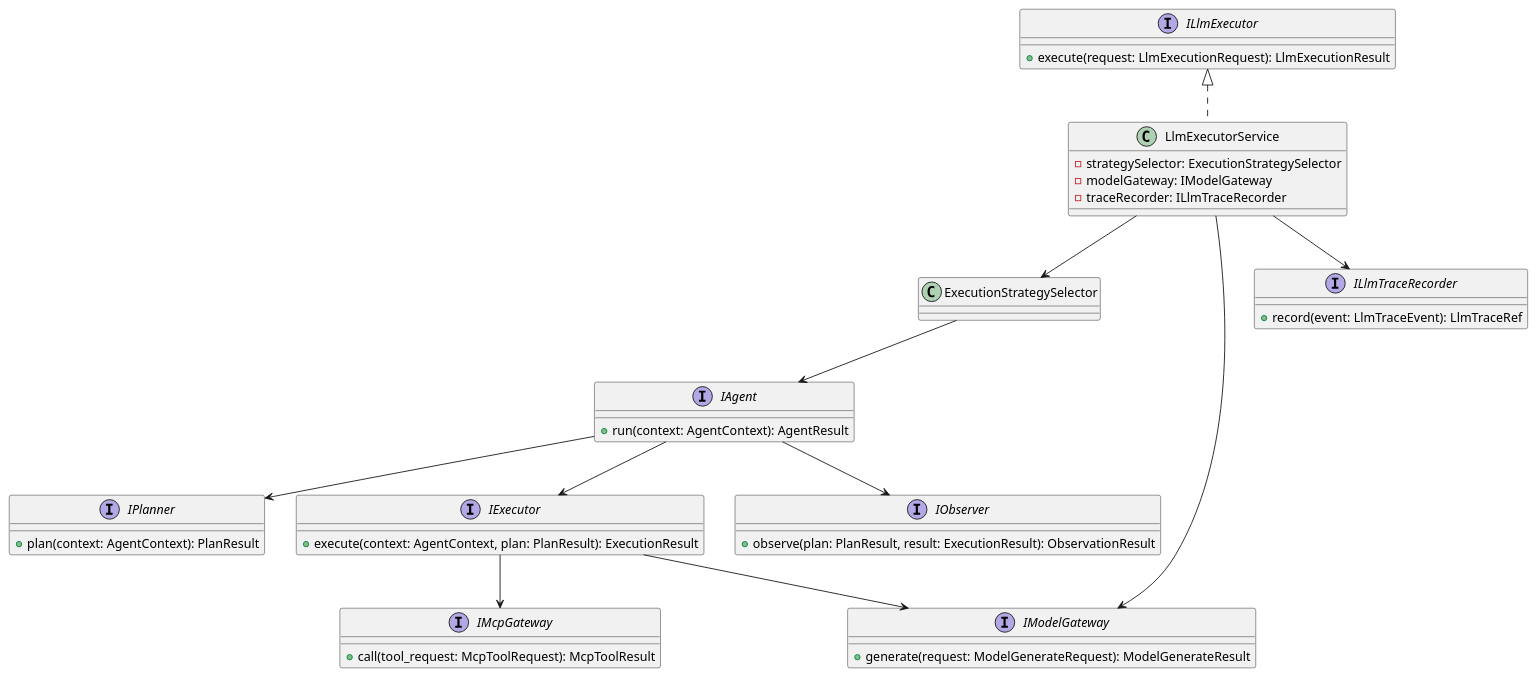
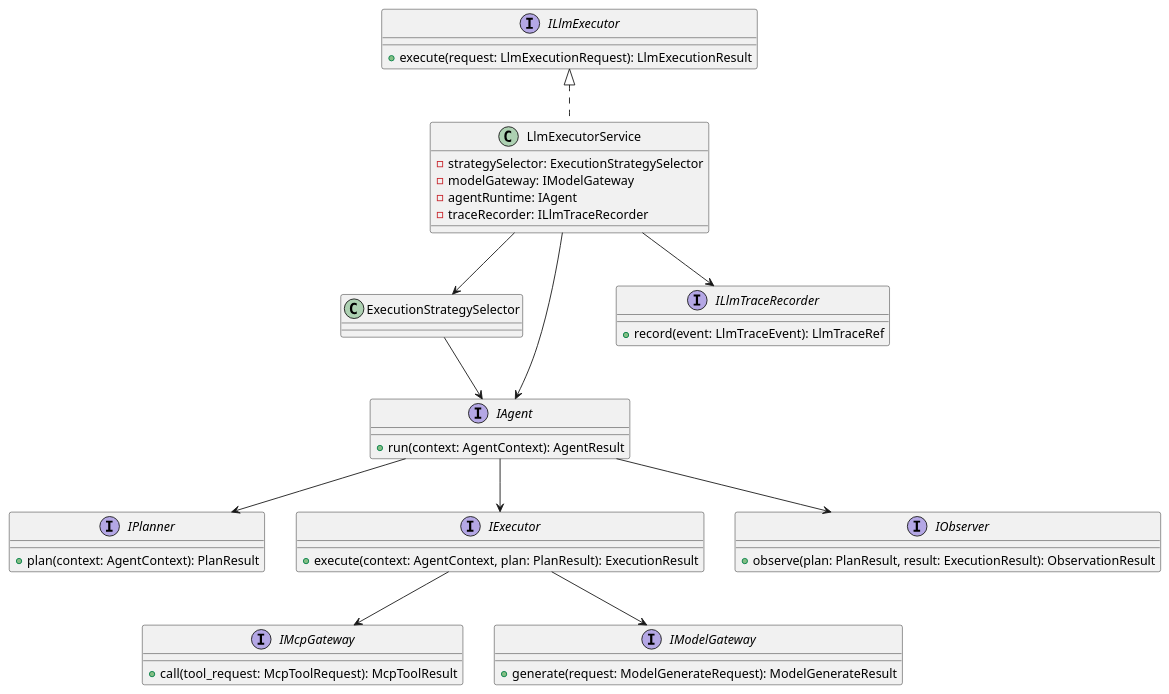
Before and after one commit to lucky-chen/ai_workflow_travel: the first of 2 diagrams in meta_layer/docs/design_docs/SDK/LlmExecutor.md, drawn with PlantUML. The commit also changed other lines of this file and 4 other files, not shown here.

First line of the commit message:
[AI] gpt-5.4: refine agent runtime documentation

````diff
--- a/meta_layer/docs/design_docs/SDK/LlmExecutor.md
+++ b/meta_layer/docs/design_docs/SDK/LlmExecutor.md
@@ -41,53 +44,54 @@
 ```plantuml
 @startuml
 interface ILlmExecutor {
   +execute(request: LlmExecutionRequest): LlmExecutionResult
 }
 
 class LlmExecutorService {
   -strategySelector: ExecutionStrategySelector
   -modelGateway: IModelGateway
+  -agentRuntime: IAgent
   -traceRecorder: ILlmTraceRecorder
 }
 
 class ExecutionStrategySelector
 interface IAgent {
   +run(context: AgentContext): AgentResult
 }
 
 interface IPlanner {
   +plan(context: AgentContext): PlanResult
 }
 
 interface IExecutor {
   +execute(context: AgentContext, plan: PlanResult): ExecutionResult
 }
 
 interface IObserver {
   +observe(plan: PlanResult, result: ExecutionResult): ObservationResult
 }
 
 interface IMcpGateway {
   +call(tool_request: McpToolRequest): McpToolResult
 }
 
 interface IModelGateway {
   +generate(request: ModelGenerateRequest): ModelGenerateResult
 }
 
 interface ILlmTraceRecorder {
   +record(event: LlmTraceEvent): LlmTraceRef
 }
 
 ILlmExecutor <|.. LlmExecutorService
 LlmExecutorService --> ExecutionStrategySelector
-LlmExecutorService --> IModelGateway
+LlmExecutorService --> IAgent
 LlmExecutorService --> ILlmTraceRecorder
 ExecutionStrategySelector --> IAgent
 IAgent --> IPlanner
 IAgent --> IExecutor
 IAgent --> IObserver
 IExecutor --> IMcpGateway
 IExecutor --> IModelGateway
 @enduml
 ```
````
